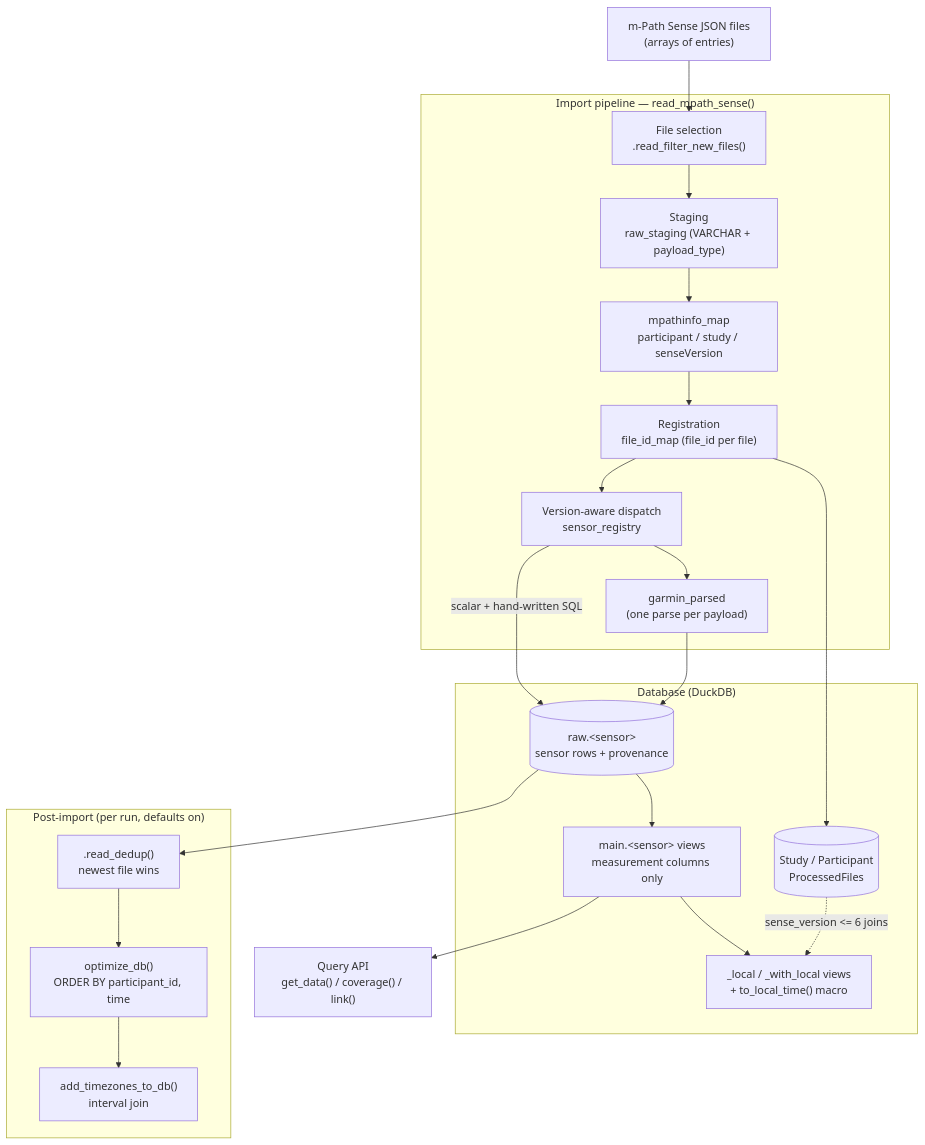
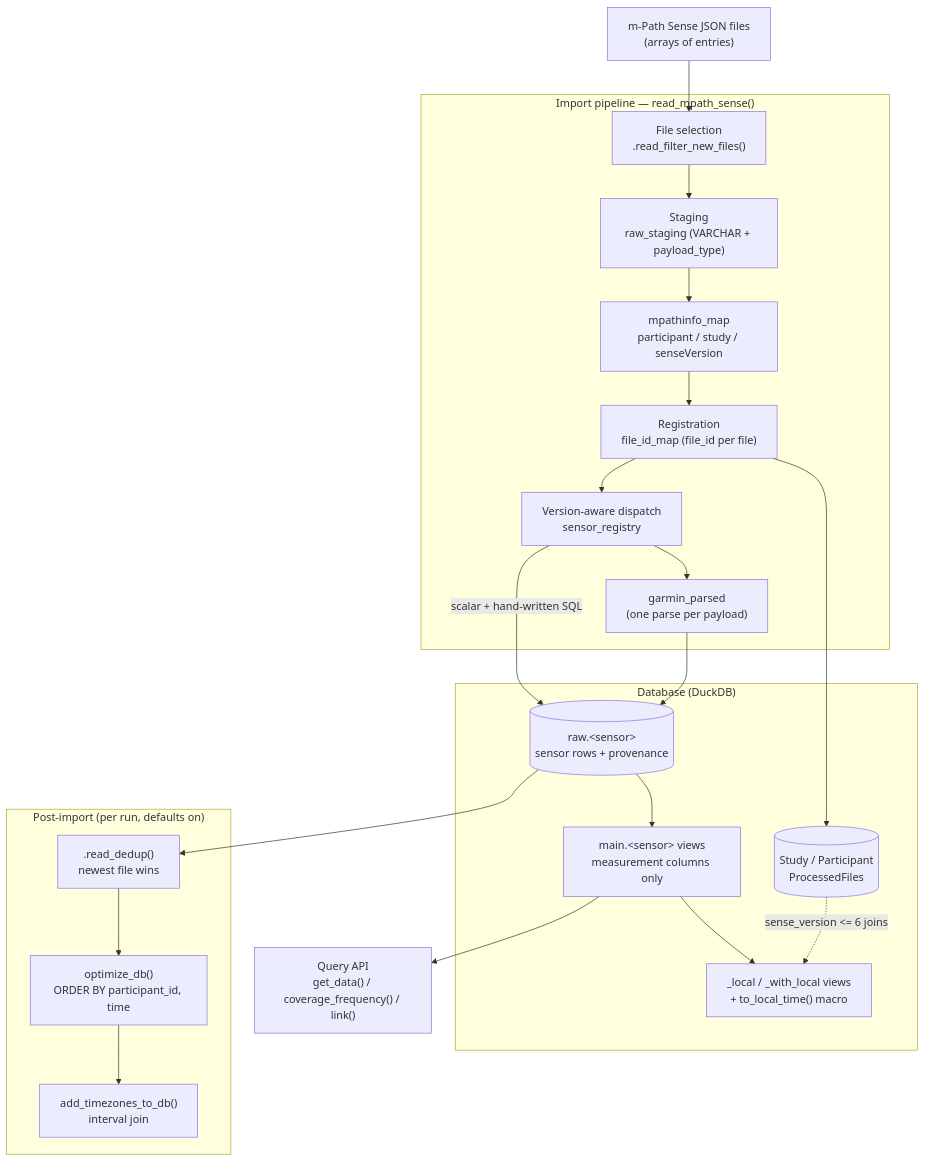
One commit to koenniem/mpathsenser changed the diagram in ARCHITECTURE.md. Above: the diagram before and after it, drawn with Mermaid. The commit also changed other lines of this file and 24 other files, not shown here.

````diff
--- a/ARCHITECTURE.md
+++ b/ARCHITECTURE.md
@@ -45,37 +45,37 @@
 ```mermaid
 flowchart TD
     JSON["m-Path Sense JSON files<br/>(arrays of entries)"]
 
     subgraph IMPORT["Import pipeline — read_mpath_sense()"]
         SEL["File selection<br/>.read_filter_new_files()"]
         STAGE["Staging<br/>raw_staging (VARCHAR + payload_type)"]
         META["mpathinfo_map<br/>participant / study / senseVersion"]
         REG["Registration<br/>file_id_map (file_id per file)"]
         DISPATCH["Version-aware dispatch<br/>sensor_registry"]
         GARM["garmin_parsed<br/>(one parse per payload)"]
     end
 
     subgraph DB["Database (DuckDB)"]
         RAW[("raw.&lt;sensor&gt;<br/>sensor rows + provenance")]
         META_T[("Study / Participant<br/>ProcessedFiles")]
         VIEWS["main.&lt;sensor&gt; views<br/>measurement columns only"]
         LOCAL["_local / _with_local views<br/>+ to_local_time() macro"]
     end
 
     subgraph POST["Post-import (per run, defaults on)"]
         DEDUP[".read_dedup()<br/>newest file wins"]
         OPT["optimize_db()<br/>ORDER BY participant_id, time"]
         TZ["add_timezones_to_db()<br/>interval join"]
     end
 
-    API["Query API<br/>get_data() / coverage() / link()"]
+    API["Query API<br/>get_data() / coverage_frequency() / link()"]
 
     JSON --> SEL --> STAGE --> META --> REG --> DISPATCH
     DISPATCH -->|"scalar + hand-written SQL"| RAW
     DISPATCH --> GARM --> RAW
     REG --> META_T
     RAW --> DEDUP --> OPT --> TZ
     RAW --> VIEWS --> API
     VIEWS --> LOCAL
     META_T -.->|"sense_version <= 6 joins"| LOCAL
 ```
````
